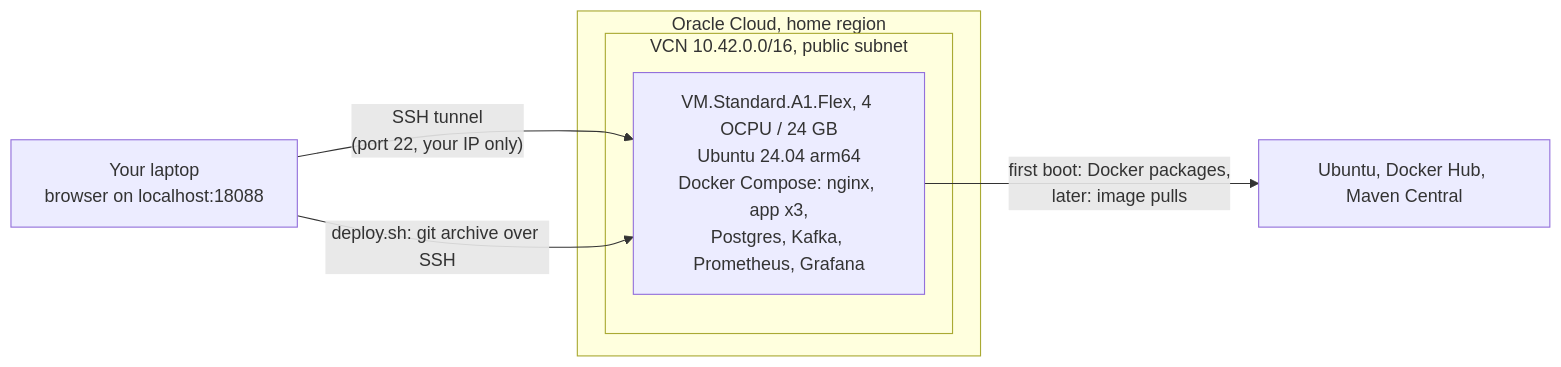
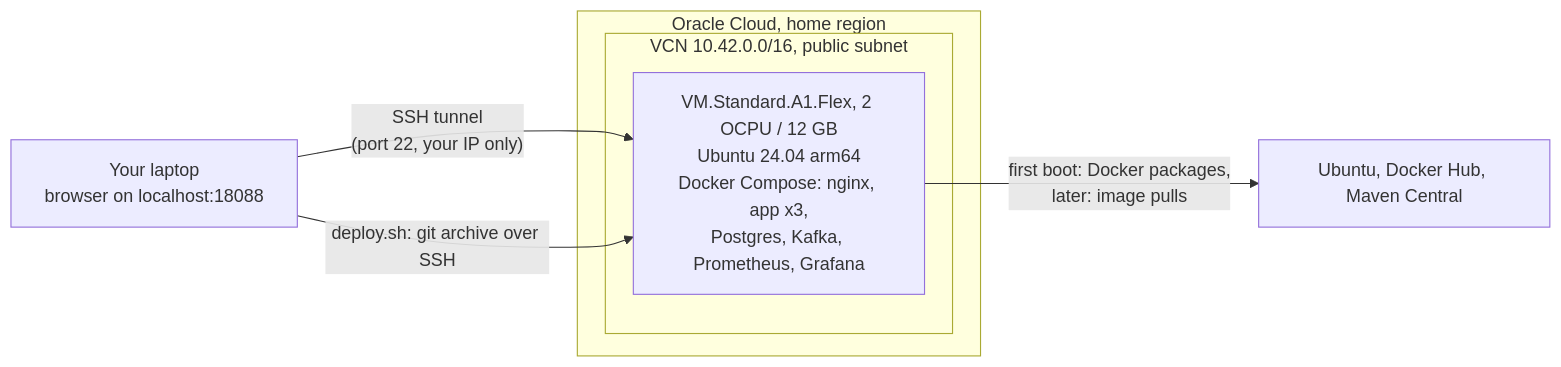
The diagram in infra/oci/README.md (Sanskar121543/payments-ledger-service), drawn with Mermaid before and after one commit. The commit also changed other lines of this file and 15 other files, not shown here.

````diff
--- a/infra/oci/README.md
+++ b/infra/oci/README.md
@@ -7,11 +7,11 @@
 ```mermaid
 flowchart LR
   you["Your laptop<br/>browser on localhost:18088"] -- "SSH tunnel<br/>(port 22, your IP only)" --> vm
   you -- "deploy.sh: git archive over SSH" --> vm
   subgraph oci["Oracle Cloud, home region"]
     subgraph vcn["VCN 10.42.0.0/16, public subnet"]
-      vm["VM.Standard.A1.Flex, 4 OCPU / 24 GB<br/>Ubuntu 24.04 arm64<br/>Docker Compose: nginx, app x3,<br/>Postgres, Kafka, Prometheus, Grafana"]
+      vm["VM.Standard.A1.Flex, 2 OCPU / 12 GB<br/>Ubuntu 24.04 arm64<br/>Docker Compose: nginx, app x3,<br/>Postgres, Kafka, Prometheus, Grafana"]
     end
   end
   vm -- "first boot: Docker packages,<br/>later: image pulls" --> net["Ubuntu, Docker Hub, Maven Central"]
 ```
````
